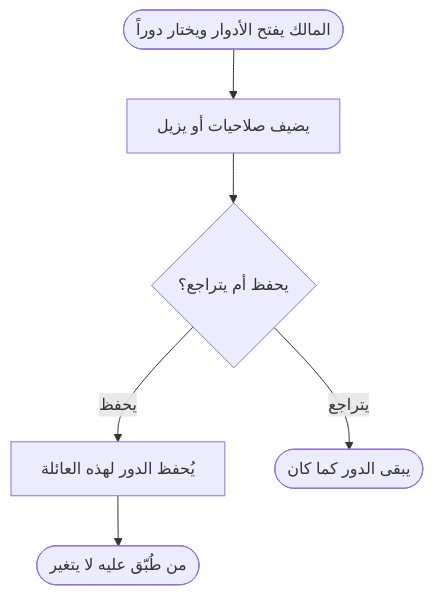
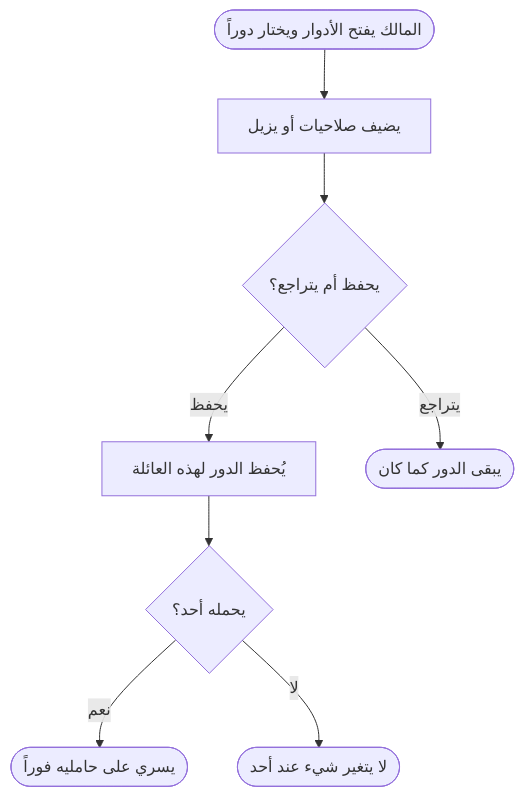
One commit to Bassam-mohammed-alqaeadi/family-os-v2 changed diagram 23 of 41 in docs/family-os/governance/phases/phase-1/S1-03-family-roles-and-permissions/DIAGRAMS.md. Above: the diagram before and after it, drawn with Mermaid. The commit also changed other lines of this file and 31 other files, not shown here.

````diff
--- a/docs/family-os/governance/phases/phase-1/S1-03-family-roles-and-permissions/DIAGRAMS.md
+++ b/docs/family-os/governance/phases/phase-1/S1-03-family-roles-and-permissions/DIAGRAMS.md
@@ -949,8 +1008,10 @@
 ```mermaid
 flowchart TD
     C1([المالك يفتح الأدوار ويختار دوراً]) --> C2[يضيف صلاحيات أو يزيل]
     C2 --> C3{يحفظ أم يتراجع؟}
     C3 -->|يحفظ| C4[يُحفظ الدور لهذه العائلة]
-    C4 --> C5([من طُبّق عليه لا يتغير])
+    C4 --> C7{يحمله أحد؟}
+    C7 -->|نعم| C5([يسري على حامليه فوراً])
+    C7 -->|لا| C8([لا يتغير شيء عند أحد])
     C3 -->|يتراجع| C6([يبقى الدور كما كان])
 ```
````
